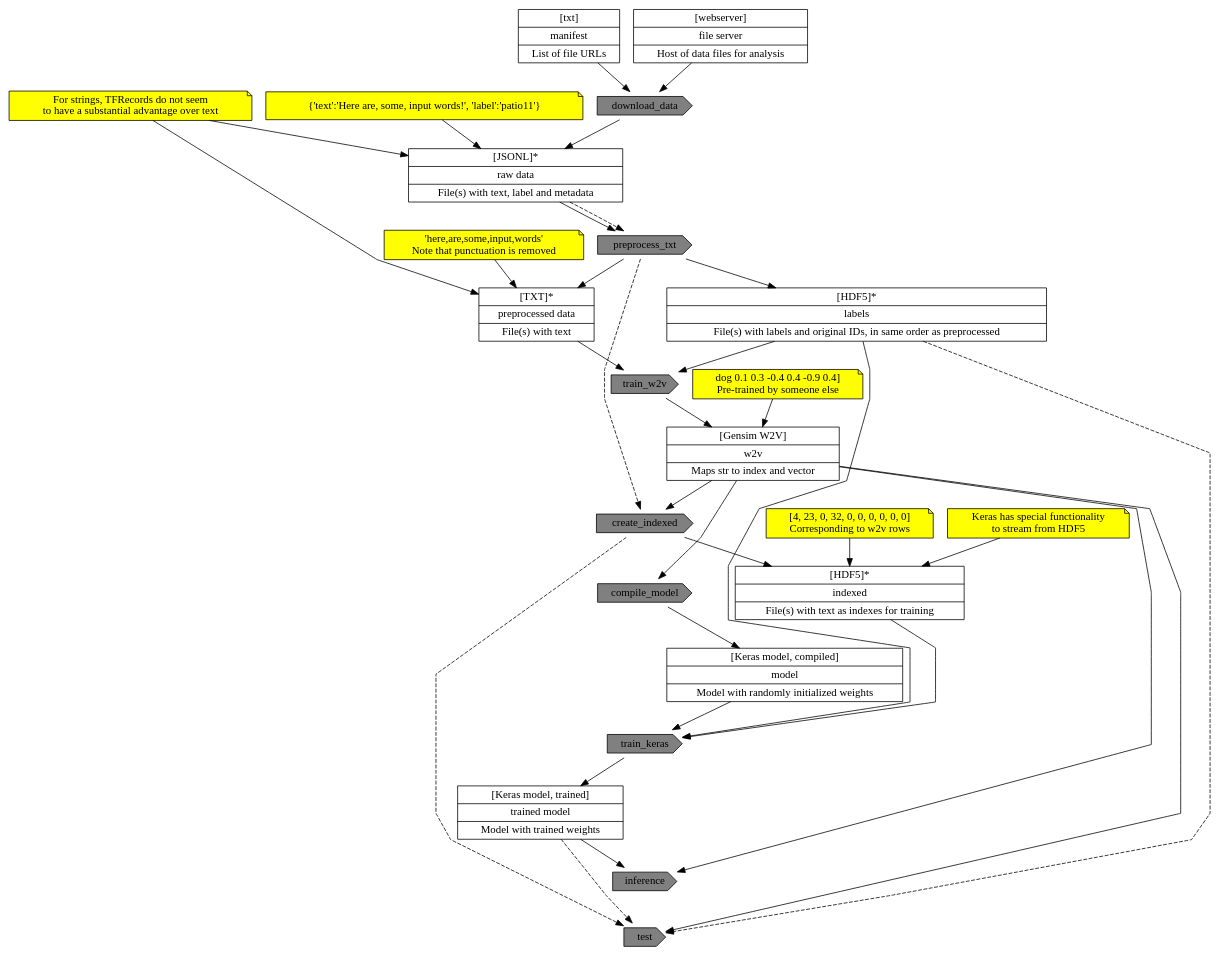
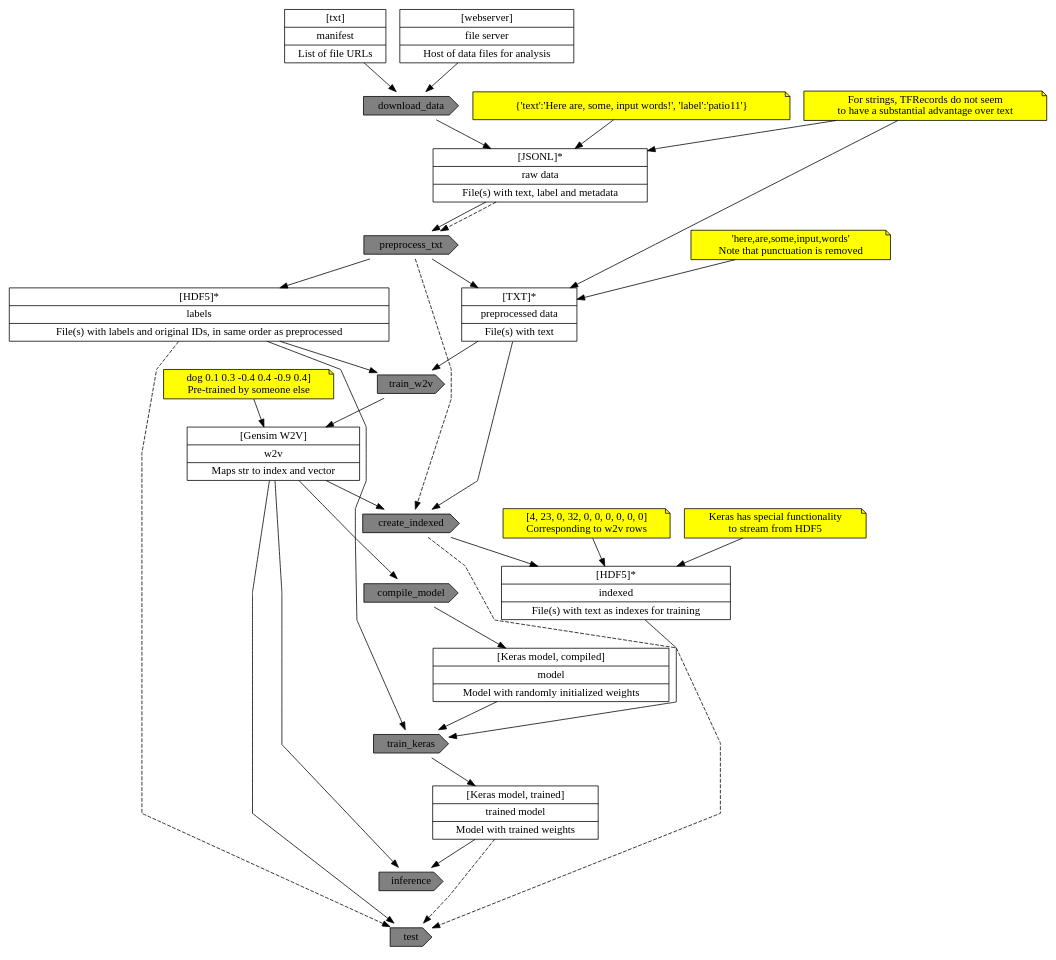
Before and after one commit to matthewwritter/keras_sandbox01: the diagram in simple_keras.dot, drawn with Graphviz. The commit also changed 5 other files, not shown here.

```diff
--- a/simple_keras.dot
+++ b/simple_keras.dot
@@ -1,45 +1,46 @@
 digraph G {
 splines=polyline
 node [shape=cds style=filled fillcolor=gray]
 
 # Main flow
 download_data -> preprocess_txt -> train_w2v -> create_indexed -> compile_model -> train_keras -> inference -> test [weight=100 style="invis"]
 
 
 
 # w2v wants list of prestrings
 
 node [shape=record fillcolor=white]
 manifest [label="{[txt]|manifest|List of file URLs}"]
 server [label="{[webserver]|file server|Host of data files for analysis}"]
 downloaded [label="{[JSONL]*|raw data|File(s) with text, label and metadata}"]
 preprocessed [label="{[TXT]*|preprocessed data|File(s) with text}"]
 labels [label="{[HDF5]*|labels|File(s) with labels and original IDs, in same order as preprocessed}"]
 w2v [label="{[Gensim W2V]|w2v|Maps str to index and vector}"]
 indexed [label="{[HDF5]*|indexed|File(s) with text as indexes for training}"]
 model [label="{[Keras model, compiled]|model|Model with randomly initialized weights}"]
 model_trained [label="{[Keras model, trained]|trained model|Model with trained weights}"]
 
 {manifest server} -> download_data -> downloaded -> preprocess_txt -> {preprocessed labels} -> train_w2v -> w2v -> create_indexed -> indexed [weight=50]
 compile_model -> model
 w2v -> {compile_model inference test }
 {indexed labels model} -> train_keras -> model_trained -> inference
+preprocessed -> create_indexed
 
 node [shape=note style=filled fillcolor=yellow]
 note01 [label="For strings, TFRecords do not seem\nto have a substantial advantage over text"]
 #note02 [label="'Here are input words'"]
 note02 [label="{'text':'Here are, some, input words!', 'label':'patio11'}"]
 note03 [label="'here,are,some,input,words'\nNote that punctuation is removed"]
 note04 [label="[4, 23, 0, 32, 0, 0, 0, 0, 0, 0]\nCorresponding to w2v rows"]
 note05 [label="Keras has special functionality\nto stream from HDF5"]
 note06 [label="dog 0.1 0.3 -0.4 0.4 -0.9 0.4]\nPre-trained by someone else"]
 {note01 note02} -> downloaded
 {note01 note03} -> preprocessed
 {note04 note05} -> indexed
 note06 -> w2v
 
 
 # {node [shape=cds style=dotted color=black] preprocess_txt_dotted create_indexed_dotted}
 downloaded -> preprocess_txt -> create_indexed -> test [style=dashed weight=1]
 {model_trained, labels} -> test [style=dashed weight=1]
 }
```
